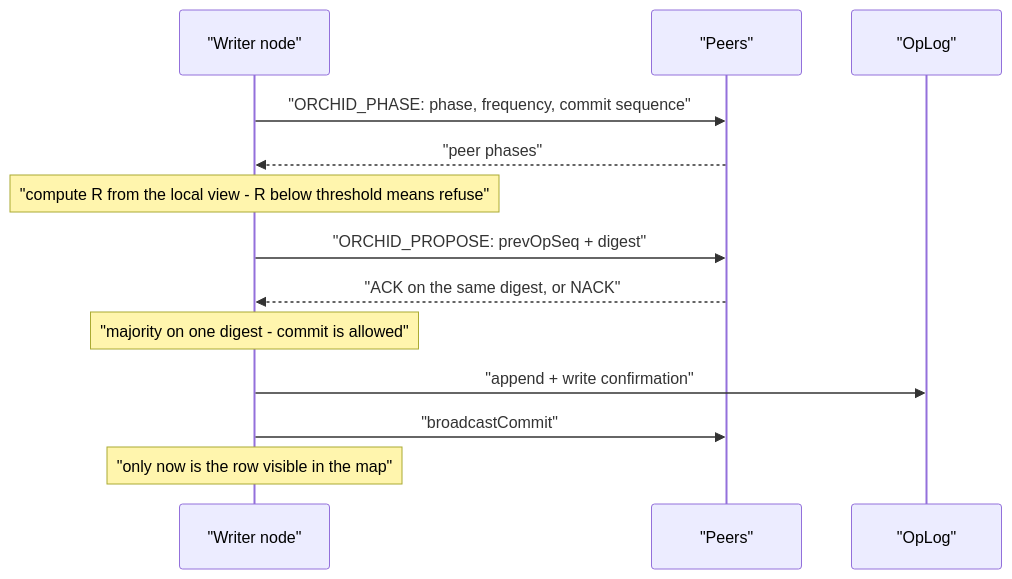
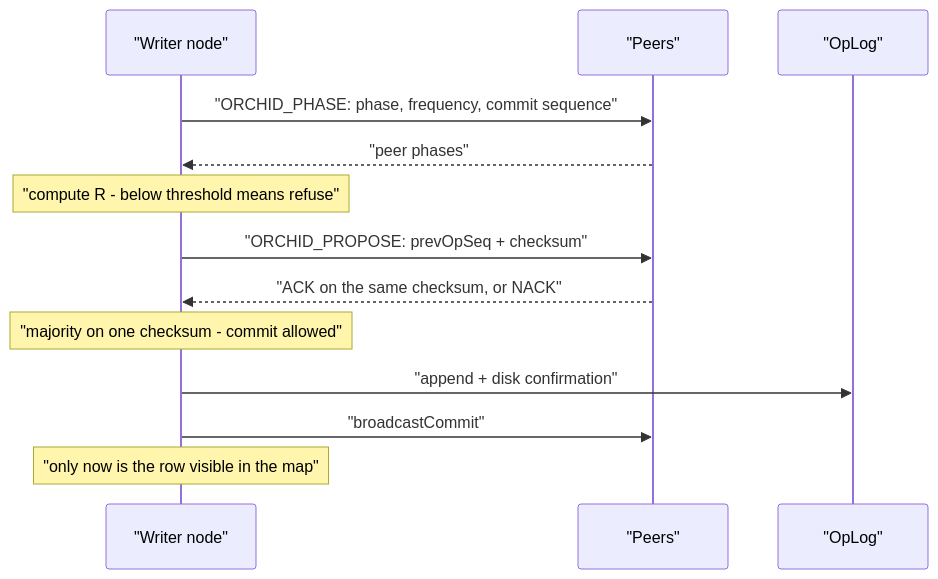
The diagram in docs/en/understand/orchid-consensus.md (GenCloud/grid-sql), drawn with Mermaid before and after one commit. The commit also changed other lines of this file and 66 other files, not shown here.

````diff
--- a/docs/en/understand/orchid-consensus.md
+++ b/docs/en/understand/orchid-consensus.md
@@ -33,15 +35,15 @@
 ```mermaid
 sequenceDiagram
   participant W as "Writer node"
   participant P as "Peers"
   participant L as "OpLog"
   W->>P: "ORCHID_PHASE: phase, frequency, commit sequence"
   P-->>W: "peer phases"
-  Note over W: "compute R from the local view - R below threshold means refuse"
-  W->>P: "ORCHID_PROPOSE: prevOpSeq + digest"
-  P-->>W: "ACK on the same digest, or NACK"
-  Note over W: "majority on one digest - commit is allowed"
-  W->>L: "append + write confirmation"
+  Note over W: "compute R - below threshold means refuse"
+  W->>P: "ORCHID_PROPOSE: prevOpSeq + checksum"
+  P-->>W: "ACK on the same checksum, or NACK"
+  Note over W: "majority on one checksum - commit allowed"
+  W->>L: "append + disk confirmation"
   W->>P: "broadcastCommit"
   Note over W: "only now is the row visible in the map"
 ```
````
